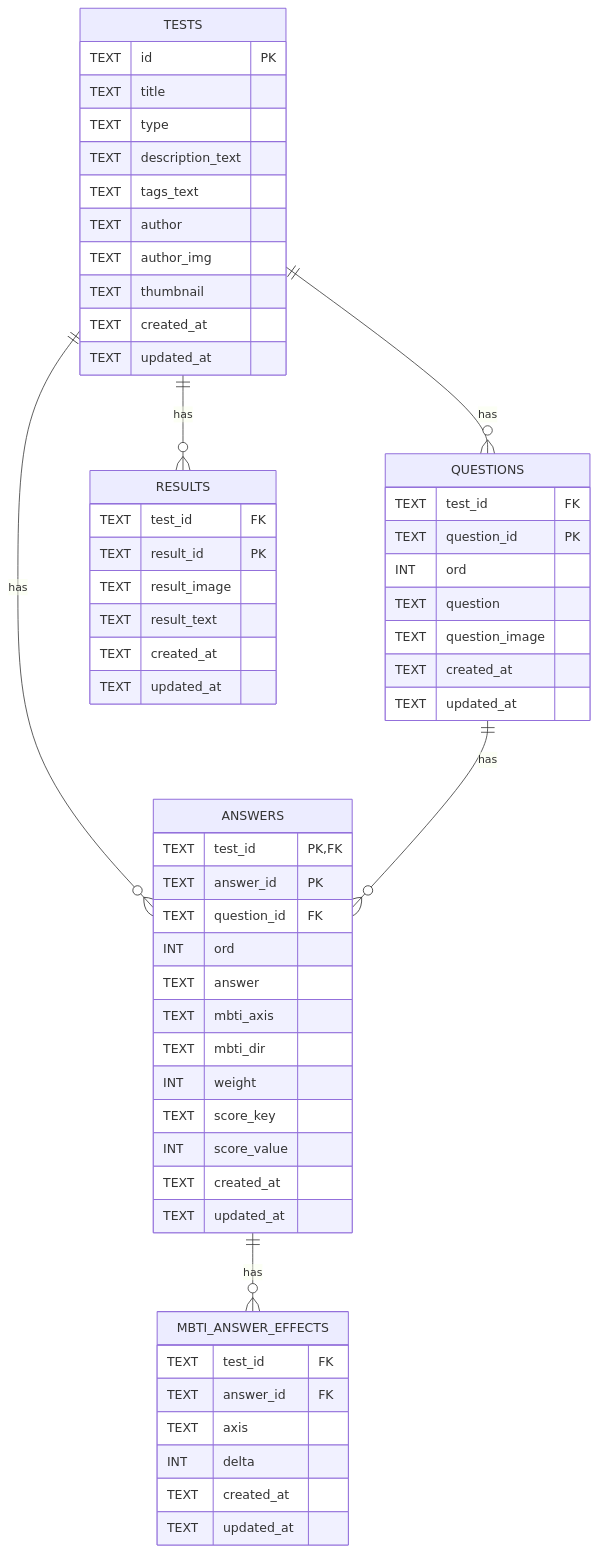
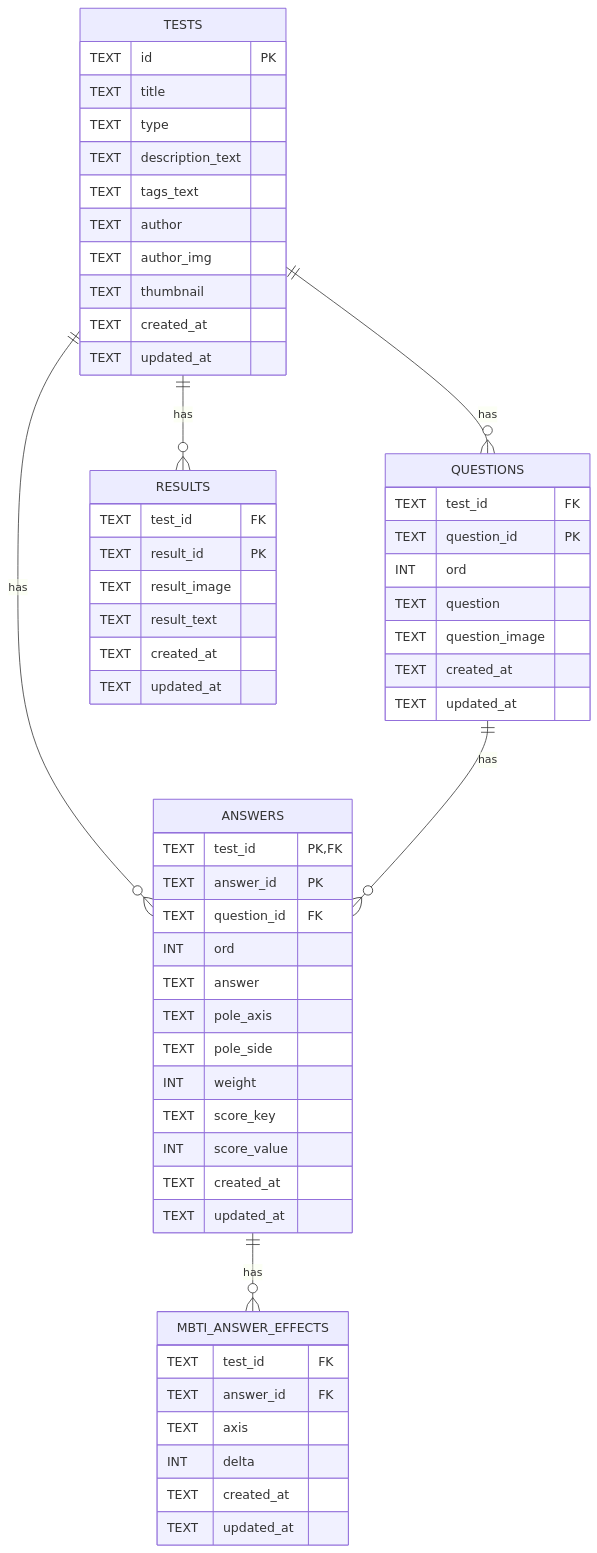
One commit to DreamProjectKR/MBTITest changed the diagram in docs/ERD.md. Above: the diagram before and after it, drawn with Mermaid. The commit also changed other lines of this file and 3 other files, not shown here.

First line of the commit message:
Refactor scoring model and update database schema

````diff
--- a/docs/ERD.md
+++ b/docs/ERD.md
@@ -10,64 +10,64 @@
 ```mermaid
 erDiagram
   TESTS ||--o{ QUESTIONS : has
   TESTS ||--o{ ANSWERS : has
   QUESTIONS ||--o{ ANSWERS : has
   TESTS ||--o{ RESULTS : has
   ANSWERS ||--o{ MBTI_ANSWER_EFFECTS : has
 
   TESTS {
     TEXT id PK
     TEXT title
     TEXT type
     TEXT description_text
     TEXT tags_text
     TEXT author
     TEXT author_img
     TEXT thumbnail
     TEXT created_at
     TEXT updated_at
   }
 
   QUESTIONS {
     TEXT test_id FK
     TEXT question_id PK
     INT ord
     TEXT question
     TEXT question_image
     TEXT created_at
     TEXT updated_at
   }
 
   ANSWERS {
     TEXT test_id PK, FK
     TEXT answer_id PK
     TEXT question_id FK
     INT ord
     TEXT answer
-    TEXT mbti_axis
-    TEXT mbti_dir
+    TEXT pole_axis
+    TEXT pole_side
     INT weight
     TEXT score_key
     INT score_value
     TEXT created_at
     TEXT updated_at
   }
 
   MBTI_ANSWER_EFFECTS {
     TEXT test_id FK
     TEXT answer_id FK
     TEXT axis
     INT delta
     TEXT created_at
     TEXT updated_at
   }
 
   RESULTS {
     TEXT test_id FK
     TEXT result_id PK
     TEXT result_image
     TEXT result_text
     TEXT created_at
     TEXT updated_at
   }
 ```
````
